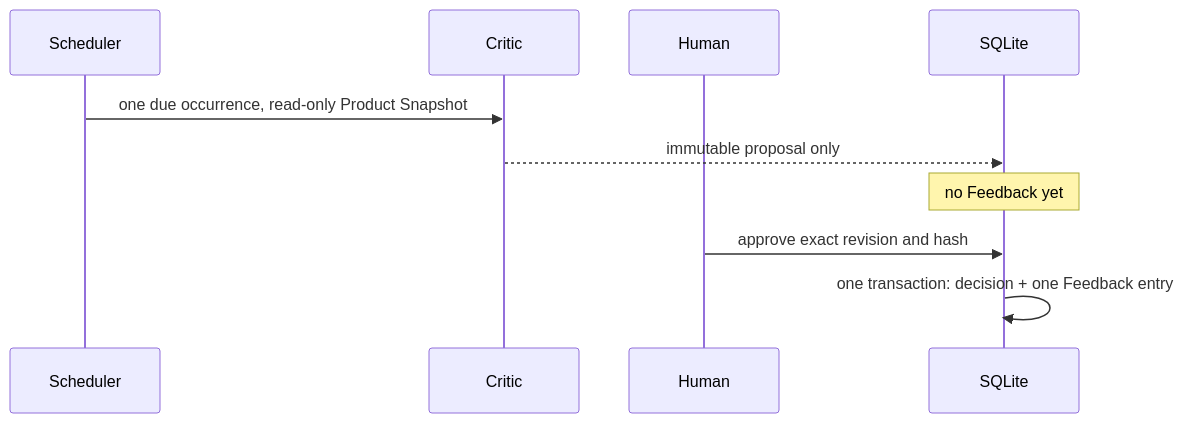
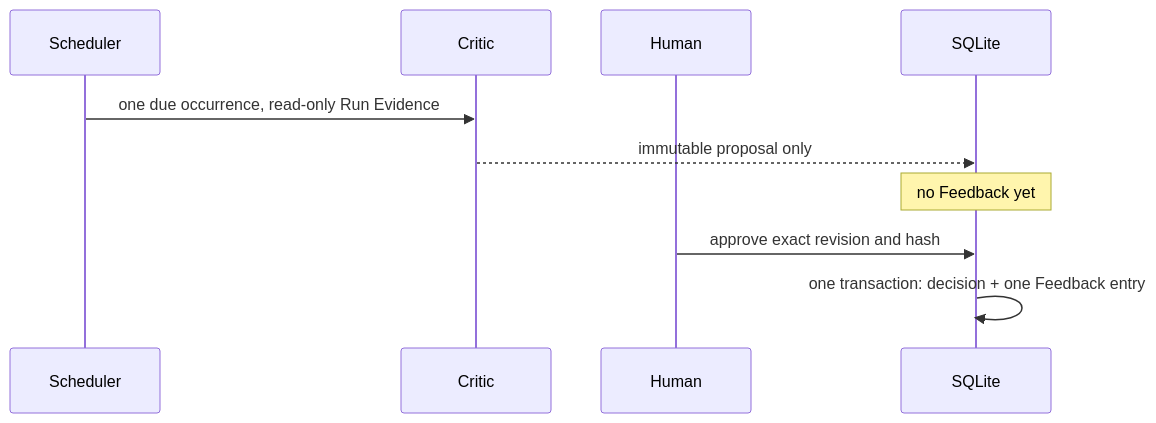
The fifth of 6 diagrams in ARCHITECTURE.md (isinisalo/ballet), drawn with Mermaid before and after one commit. The commit also changed other lines of this file and 243 other files, not shown here.

````diff
--- a/ARCHITECTURE.md
+++ b/ARCHITECTURE.md
@@ -124,12 +128,12 @@
 ```mermaid
 sequenceDiagram
   participant S as Scheduler
   participant C as Critic
   participant H as Human
   participant DB as SQLite
-  S->>C: one due occurrence, read-only Product Snapshot
+  S->>C: one due occurrence, read-only Run Evidence
   C-->>DB: immutable proposal only
   Note over DB: no Feedback yet
   H->>DB: approve exact revision and hash
   DB->>DB: one transaction: decision + one Feedback entry
 ```
````
